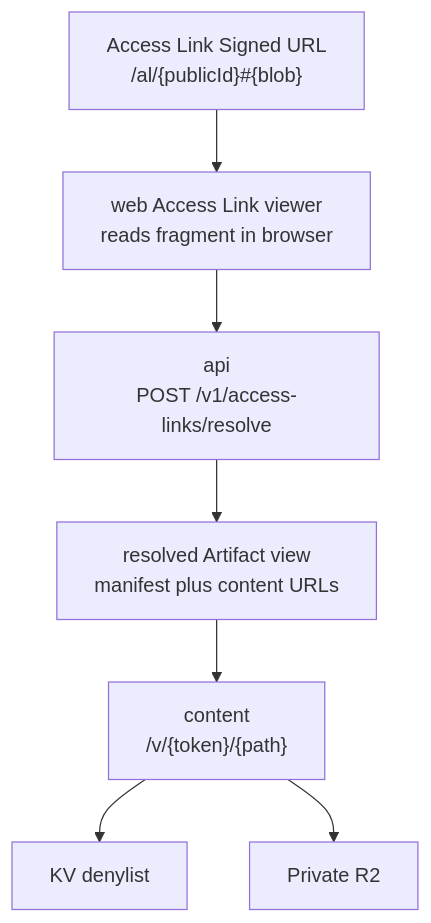
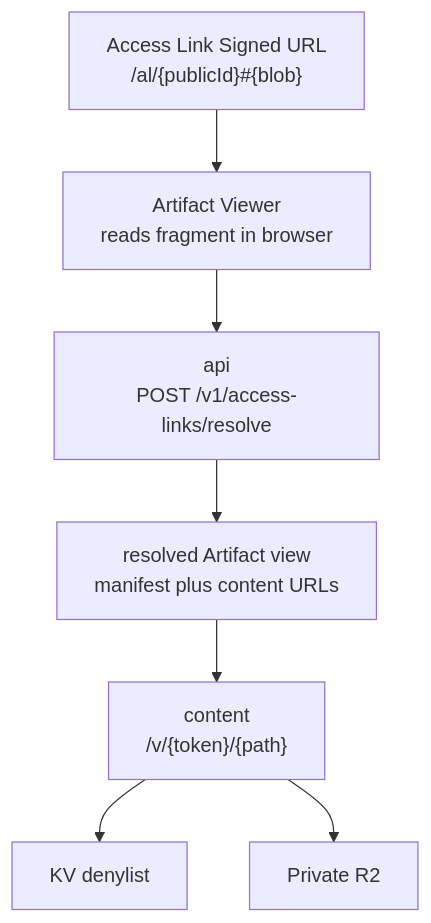
One commit to zaks-io/agent-paste changed the third of 5 diagrams in docs/specs/architecture.md. Above: the diagram before and after it, drawn with Mermaid. The commit also changed other lines of this file and 49 other files, not shown here.

First line of the commit message:
Make Access Link Signed URL the default live handoff

````diff
--- a/docs/specs/architecture.md
+++ b/docs/specs/architecture.md
@@ -135,17 +135,17 @@
 ```mermaid
 flowchart TD
   link["Access Link Signed URL<br/>/al/{publicId}#{blob}"]
-  viewer["web Access Link viewer<br/>reads fragment in browser"]
+  viewer["Artifact Viewer<br/>reads fragment in browser"]
   resolve["api<br/>POST /v1/access-links/resolve"]
   manifest["resolved Artifact view<br/>manifest plus content URLs"]
   content["content<br/>/v/{token}/{path}"]
   r2["Private R2"]
   kv["KV denylist"]
 
   link --> viewer
   viewer --> resolve
   resolve --> manifest
   manifest --> content
   content --> kv
   content --> r2
 ```
````
